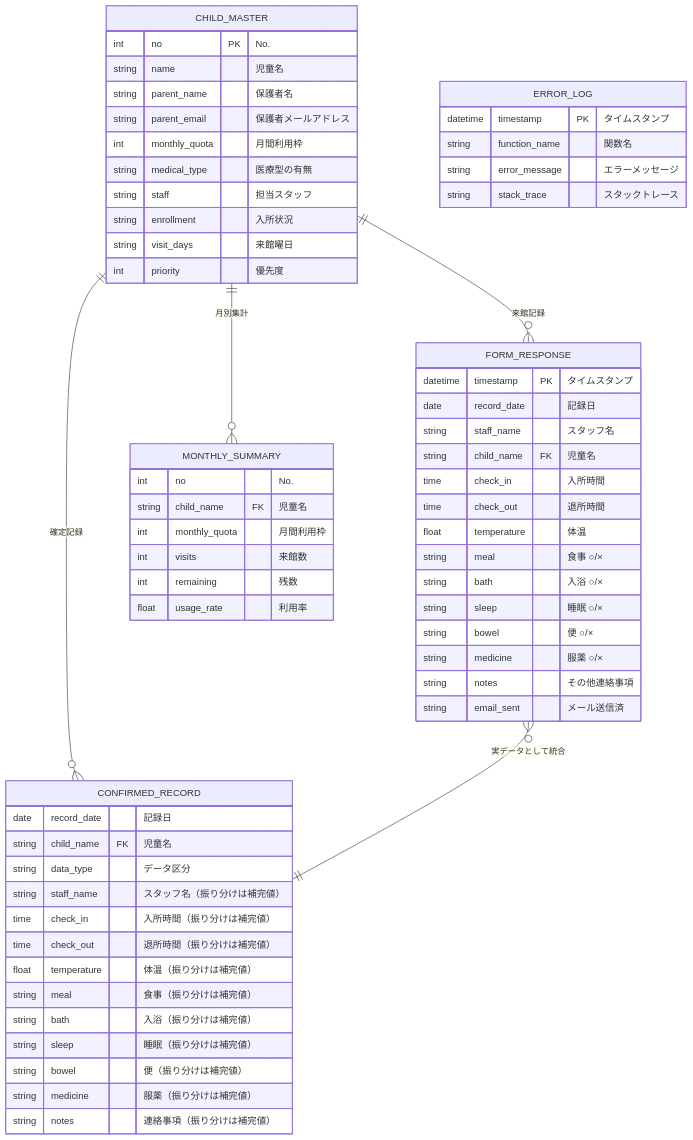
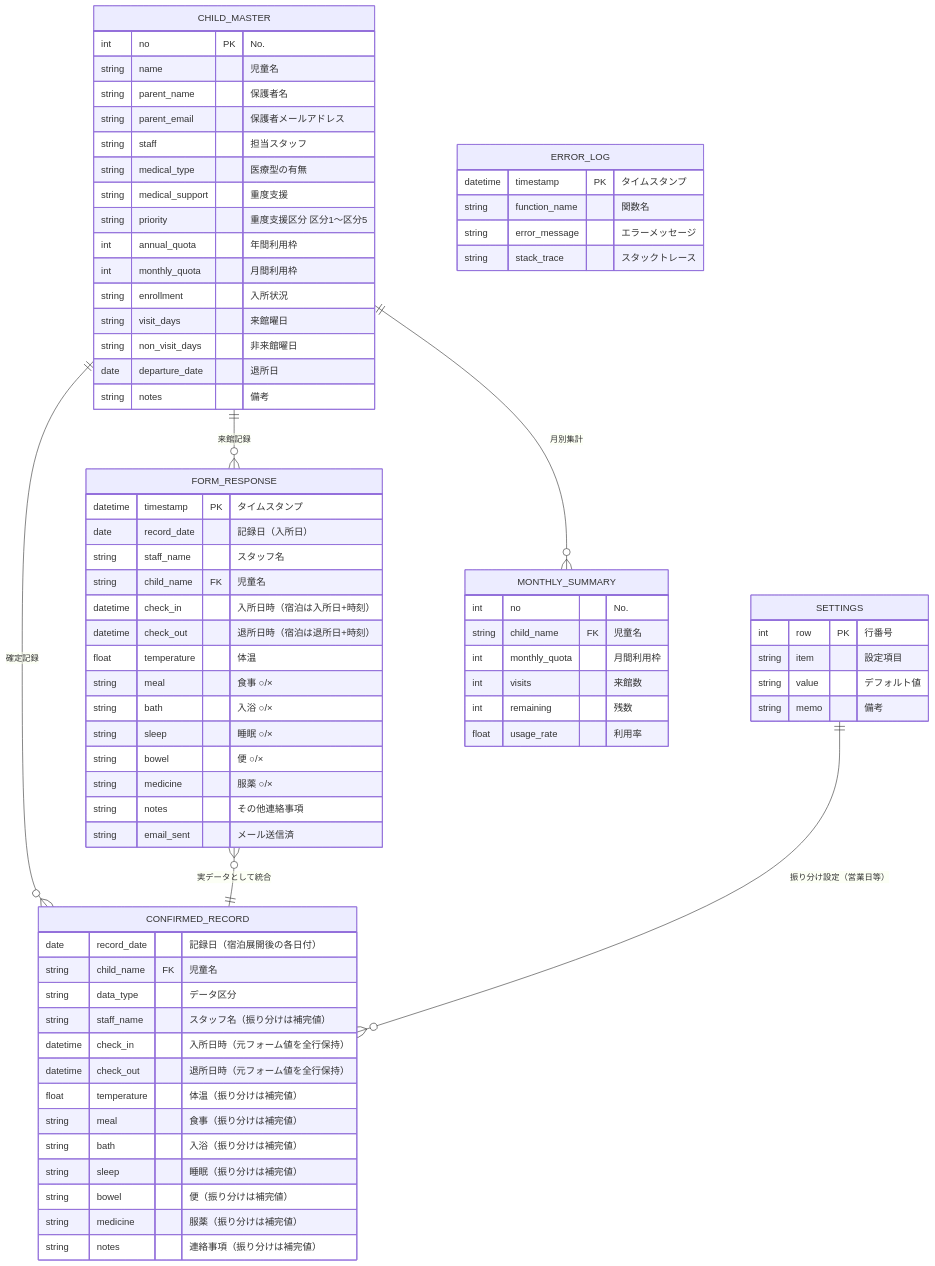
Before and after one commit to Tatetsu/oen-yorimado: the diagram in docs/er-diagram.md, drawn with Mermaid. The commit also changed other lines of this file and 12 other files, not shown here.

````diff
--- a/docs/er-diagram.md
+++ b/docs/er-diagram.md
@@ -5,69 +5,82 @@
 ```mermaid
 erDiagram
     CHILD_MASTER {
         int no PK "No."
         string name "児童名"
         string parent_name "保護者名"
         string parent_email "保護者メールアドレス"
+        string staff "担当スタッフ"
+        string medical_type "医療型の有無"
+        string medical_support "重度支援"
+        string priority "重度支援区分 区分1〜区分5"
+        int annual_quota "年間利用枠"
         int monthly_quota "月間利用枠"
-        string medical_type "医療型の有無"
-        string staff "担当スタッフ"
         string enrollment "入所状況"
         string visit_days "来館曜日"
-        int priority "優先度"
+        string non_visit_days "非来館曜日"
+        date departure_date "退所日"
+        string notes "備考"
+    }
+
+    SETTINGS {
+        int row PK "行番号"
+        string item "設定項目"
+        string value "デフォルト値"
+        string memo "備考"
     }
 
     FORM_RESPONSE {
         datetime timestamp PK "タイムスタンプ"
-        date record_date "記録日"
+        date record_date "記録日（入所日）"
         string staff_name "スタッフ名"
         string child_name FK "児童名"
-        time check_in "入所時間"
-        time check_out "退所時間"
+        datetime check_in "入所日時（宿泊は入所日+時刻）"
+        datetime check_out "退所日時（宿泊は退所日+時刻）"
         float temperature "体温"
         string meal "食事 ○/×"
         string bath "入浴 ○/×"
         string sleep "睡眠 ○/×"
         string bowel "便 ○/×"
         string medicine "服薬 ○/×"
         string notes "その他連絡事項"
         string email_sent "メール送信済"
     }
 
     ERROR_LOG {
         datetime timestamp PK "タイムスタンプ"
         string function_name "関数名"
         string error_message "エラーメッセージ"
         string stack_trace "スタックトレース"
     }
 
     CONFIRMED_RECORD {
-        date record_date "記録日"
+        date record_date "記録日（宿泊展開後の各日付）"
         string child_name FK "児童名"
         string data_type "データ区分"
         string staff_name "スタッフ名（振り分けは補完値）"
-        time check_in "入所時間（振り分けは補完値）"
-        time check_out "退所時間（振り分けは補完値）"
+        datetime check_in "入所日時（元フォーム値を全行保持）"
+        datetime check_out "退所日時（元フォーム値を全行保持）"
         float temperature "体温（振り分けは補完値）"
         string meal "食事（振り分けは補完値）"
         string bath "入浴（振り分けは補完値）"
         string sleep "睡眠（振り分けは補完値）"
         string bowel "便（振り分けは補完値）"
         string medicine "服薬（振り分けは補完値）"
         string notes "連絡事項（振り分けは補完値）"
     }
 
     MONTHLY_SUMMARY {
         int no "No."
         string child_name FK "児童名"
         int monthly_quota "月間利用枠"
         int visits "来館数"
         int remaining "残数"
         float usage_rate "利用率"
     }
 
     CHILD_MASTER ||--o{ FORM_RESPONSE : "来館記録"
     CHILD_MASTER ||--o{ CONFIRMED_RECORD : "確定記録"
     CHILD_MASTER ||--o{ MONTHLY_SUMMARY : "月別集計"
     FORM_RESPONSE }o--|| CONFIRMED_RECORD : "実データとして統合"
+    SETTINGS ||--o{ CONFIRMED_RECORD : "振り分け設定（営業日等）"
 ```
````
